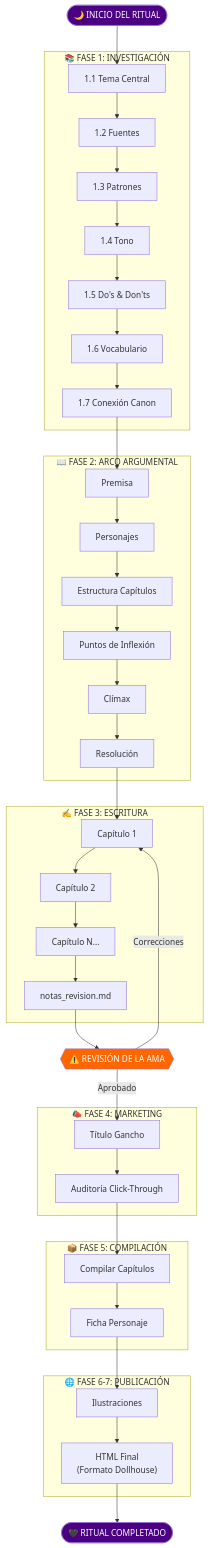
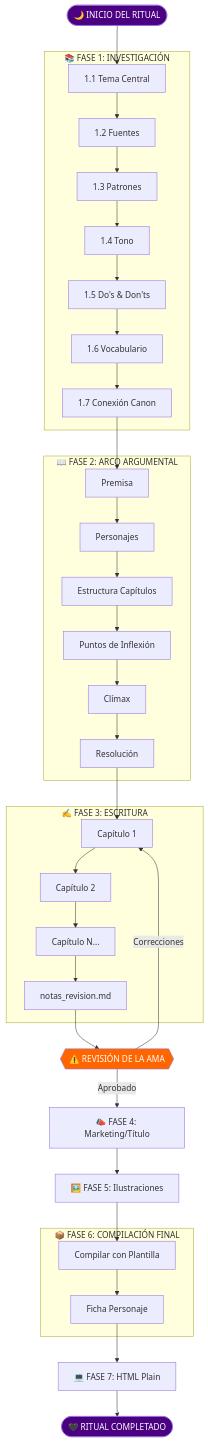
Before and after one commit to farid77cl/LaVouteDAnais: the first of 2 diagrams in 01_Canon/flujo_ritual_creacion.md, drawn with Mermaid. The commit also changed other lines of this file, not shown here.

Commit message:
Helena: Flujo Ritual Creacion actualizado (fases reordenadas, HTML solo cuerpo+nota)

````diff
--- a/01_Canon/flujo_ritual_creacion.md
+++ b/01_Canon/flujo_ritual_creacion.md
@@ -9,63 +9,53 @@
 ```mermaid
 flowchart TD
     START([🌙 INICIO DEL RITUAL]) --> F1
 
     subgraph INVESTIGACION["📚 FASE 1: INVESTIGACIÓN"]
         F1[1.1 Tema Central]
         F1 --> F1b[1.2 Fuentes]
         F1b --> F1c[1.3 Patrones]
         F1c --> F1d[1.4 Tono]
         F1d --> F1e[1.5 Do's & Don'ts]
         F1e --> F1f[1.6 Vocabulario]
         F1f --> F1g[1.7 Conexión Canon]
     end
 
     F1g --> F2
 
     subgraph ARCO["📖 FASE 2: ARCO ARGUMENTAL"]
         F2[Premisa]
         F2 --> F2b[Personajes]
         F2b --> F2c[Estructura Capítulos]
         F2c --> F2d[Puntos de Inflexión]
         F2d --> F2e[Clímax]
         F2e --> F2f[Resolución]
     end
 
     F2f --> F3
 
     subgraph BORRADOR["✍️ FASE 3: ESCRITURA"]
         F3[Capítulo 1]
         F3 --> F3b[Capítulo 2]
         F3b --> F3c[Capítulo N...]
         F3c --> F3d[notas_revision.md]
     end
 
     F3d --> REVISION{{"⚠️ REVISIÓN DE LA AMA"}}
+    REVISION -->|Correcciones| F3
     REVISION -->|Aprobado| MARKETING
-    REVISION -->|Correcciones| F3
 
-    subgraph PROMO["📣 FASE 4: MARKETING"]
-        MARKETING[Título Gancho]
-        MARKETING --> MKT2[Auditoría Click-Through]
+    MARKETING[📣 FASE 4: Marketing/Título] --> ILUSTRA
+    ILUSTRA[🖼️ FASE 5: Ilustraciones] --> COMPILA
+
+    subgraph FINALIZACION["📦 FASE 6: COMPILACIÓN FINAL"]
+        COMPILA[Compilar con Plantilla]
+        COMPILA --> FICHA[Ficha Personaje]
     end
 
-    MKT2 --> F4
-
-    subgraph FINALIZACION["📦 FASE 5: COMPILACIÓN"]
-        F4[Compilar Capítulos]
-        F4 --> F5[Ficha Personaje]
-    end
-
-    F5 --> F7
-
-    subgraph PUBLICACION["🌐 FASE 6-7: PUBLICACIÓN"]
-        F7[Ilustraciones]
-        F7 --> F8["HTML Final<br/>(Formato Dollhouse)"]
-    end
-
-    F8 --> FIN([🖤 RITUAL COMPLETADO])
+    FICHA --> HTML["💻 FASE 7: HTML Plain"]
+    HTML --> FIN([🖤 RITUAL COMPLETADO])
 
     style START fill:#4a0080,color:#fff
     style FIN fill:#4a0080,color:#fff
     style REVISION fill:#ff6600,color:#fff
 ```
````
